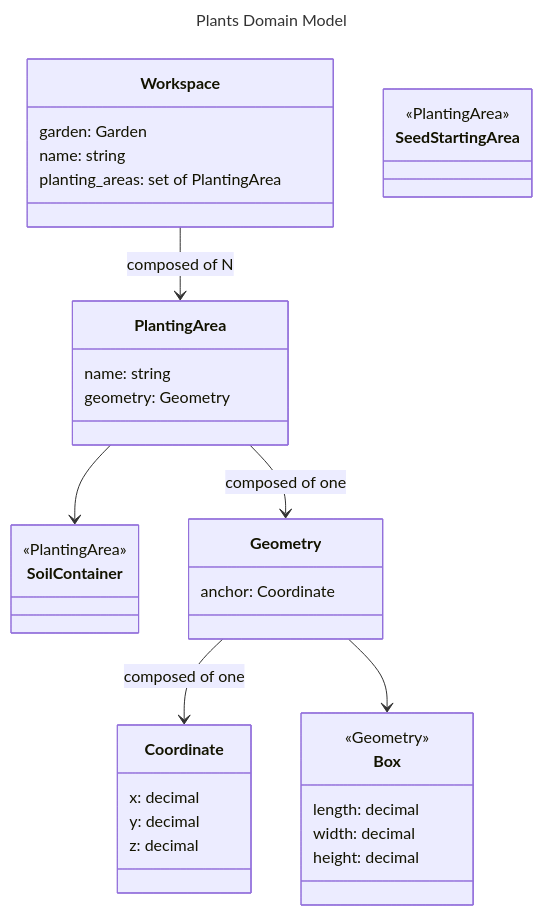
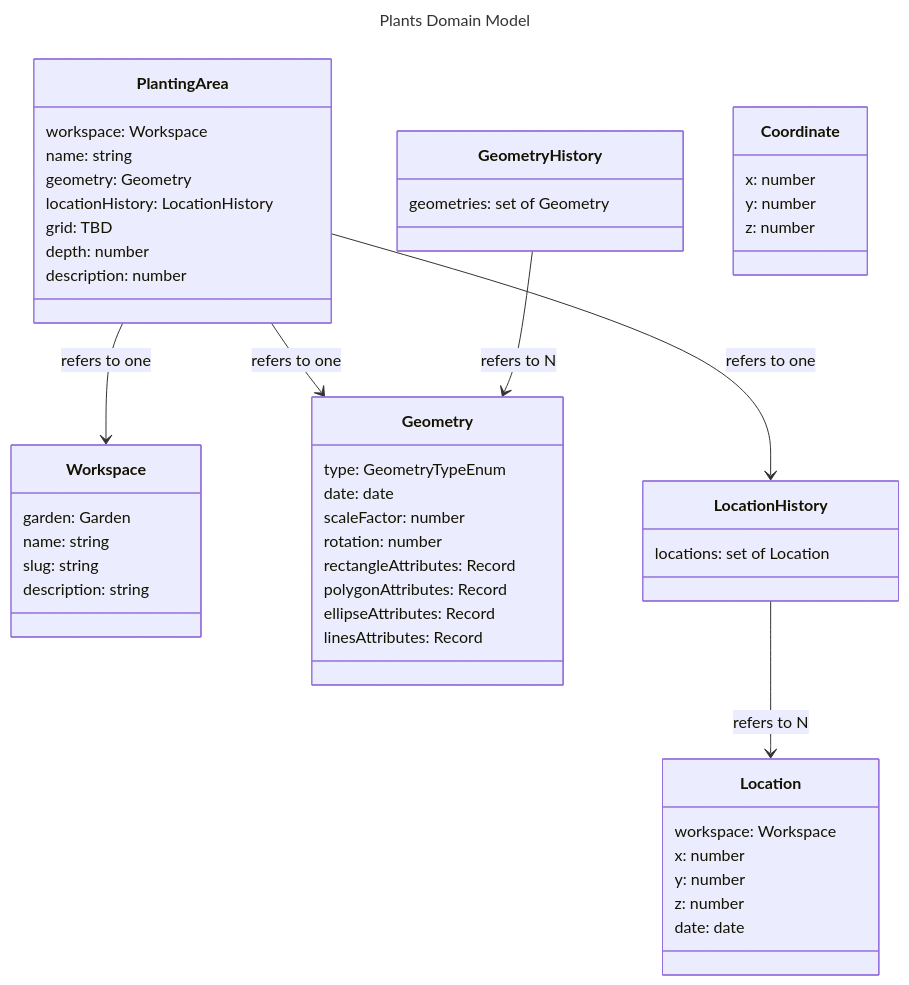
One commit to Verdagraph/Webapp changed the diagram in docs/workspaces/models.md. Above: the diagram before and after it, drawn with Mermaid. The commit also changed other lines of this file and 13 other files, not shown here.

````diff
--- a/docs/workspaces/models.md
+++ b/docs/workspaces/models.md
@@ -3,43 +8,57 @@
 ```mermaid
 ---
 title: Plants Domain Model
 ---
 classDiagram
 
-    Workspace --> PlantingArea : composed of N
-    PlantingArea --> SoilContainer
-    PlantingArea --> Geometry : composed of one
-    Geometry --> Coordinate: composed of one
-    Geometry --> Box
+    PlantingArea --> Workspace : refers to one
+    PlantingArea --> Geometry : refers to one
+    PlantingArea --> LocationHistory : refers to one
+    LocationHistory --> Location : refers to N
+    GeometryHistory --> Geometry : refers to N
 
     class Workspace{
         garden: Garden
         name: string
-        planting_areas: set of PlantingArea
+        slug: string
+        description: string
     }
     class PlantingArea{
+        workspace: Workspace
         name: string
         geometry: Geometry
+        locationHistory: LocationHistory
+        grid: TBD
+        depth: number
+        description: number
     }
-    class SoilContainer{
-        <<PlantingArea>>
+    class Geometry {
+        type: GeometryTypeEnum
+        date: date
+        scaleFactor: number
+        rotation: number
+        rectangleAttributes: Record
+        polygonAttributes: Record
+        ellipseAttributes: Record
+        linesAttributes: Record
     }
-    class SeedStartingArea{
-        <<PlantingArea>>
+    class GeometryHistory {
+        geometries: set of Geometry
     }
-    class Geometry{
-        anchor: Coordinate
+    class Location {
+        workspace: Workspace
+        x: number
+        y: number
+        z: number
+        date: date
     }
-    class Coordinate{
-        x: decimal
-        y: decimal
-        z: decimal
+    class LocationHistory {
+        locations: set of Location
     }
-    class Box{
-        <<Geometry>>
-        length: decimal
-        width: decimal
-        height: decimal
+    class Coordinate {
+        x: number
+        y: number
+        z: number
     }
 
 ```
````
